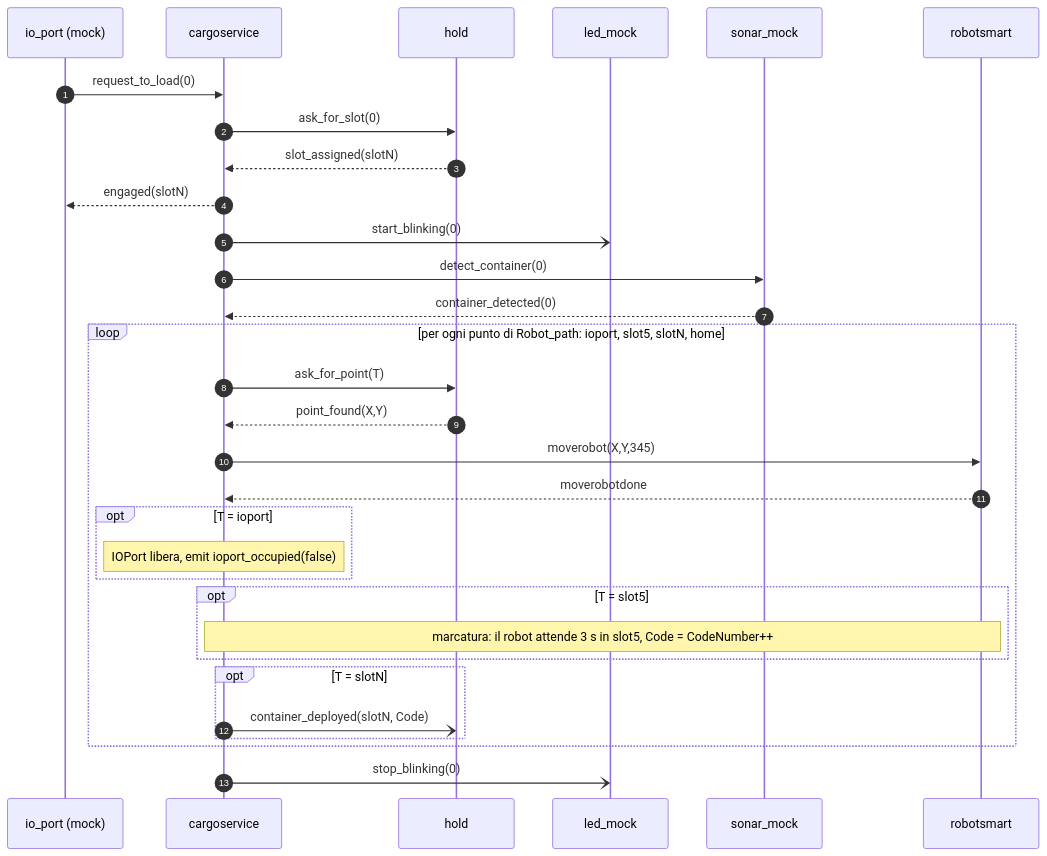
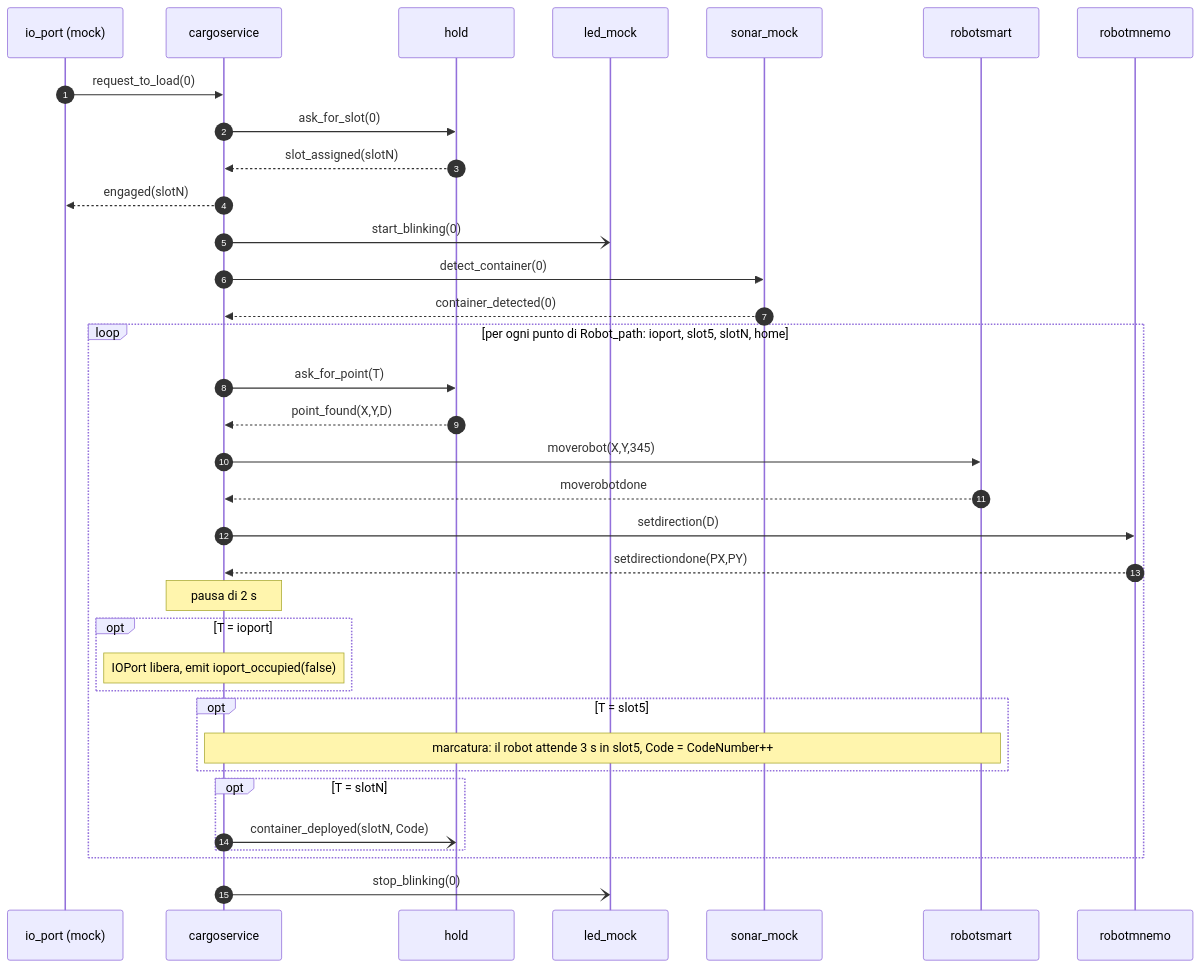
The diagram in UserDocs/sprint1.md (PietroMiloTasinato/Project_ISS), drawn with Mermaid before and after one commit. The commit also changed other lines of this file and 7 other files, not shown here.

````diff
--- a/UserDocs/sprint1.md
+++ b/UserDocs/sprint1.md
@@ -290,34 +290,38 @@
 ```mermaid
 sequenceDiagram
     autonumber
     participant IO as io_port (mock)
     participant CS as cargoservice
     participant H as hold
     participant L as led_mock
     participant S as sonar_mock
     participant R as robotsmart
+    participant M as robotmnemo
 
     IO->>CS: request_to_load(0)
     CS->>H: ask_for_slot(0)
     H-->>CS: slot_assigned(slotN)
     CS-->>IO: engaged(slotN)
     CS-)L: start_blinking(0)
     CS->>S: detect_container(0)
     S-->>CS: container_detected(0)
     loop per ogni punto di Robot_path: ioport, slot5, slotN, home
         CS->>H: ask_for_point(T)
-        H-->>CS: point_found(X,Y)
+        H-->>CS: point_found(X,Y,D)
         CS->>R: moverobot(X,Y,345)
         R-->>CS: moverobotdone
+        CS->>M: setdirection(D)
+        M-->>CS: setdirectiondone(PX,PY)
+        Note over CS: pausa di 2 s
         opt T = ioport
             Note over CS: IOPort libera, emit ioport_occupied(false)
         end
         opt T = slot5
             Note over CS,R: marcatura: il robot attende 3 s in slot5, Code = CodeNumber++
         end
         opt T = slotN
             CS-)H: container_deployed(slotN, Code)
         end
     end
     CS-)L: stop_blinking(0)
 ```
````
